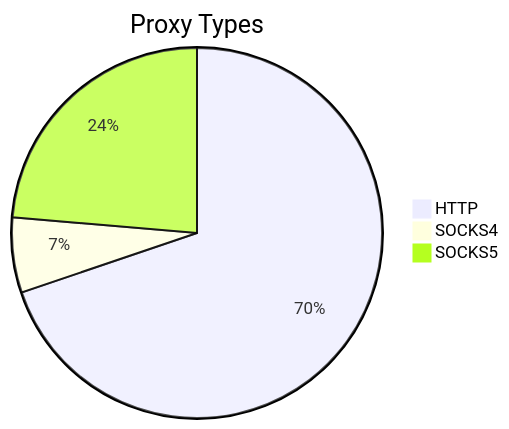
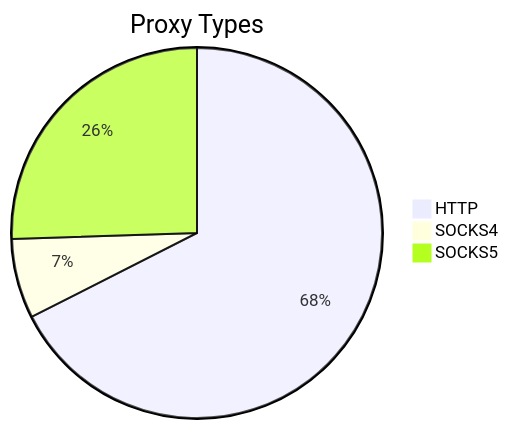
Before and after one commit to stormsia/proxy-list: the first of 2 diagrams in README.md, drawn with Mermaid. The commit also changed other lines of this file, not shown here.

````diff
--- a/README.md
+++ b/README.md
@@ -21,6 +21,6 @@
 ```mermaid
 pie title Proxy Types
-    "HTTP" : 245
-    "SOCKS4" : 23
-    "SOCKS5" : 83
+    "HTTP" : 233
+    "SOCKS4" : 24
+    "SOCKS5" : 88
 ```
````
